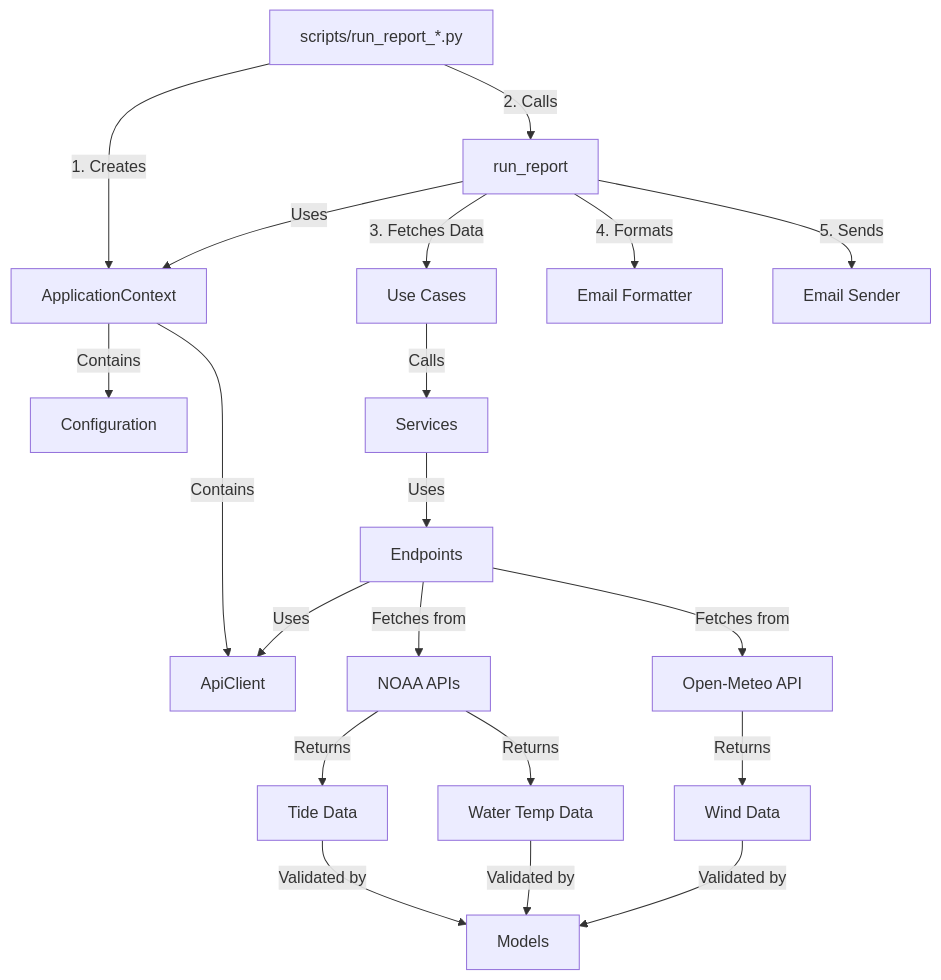
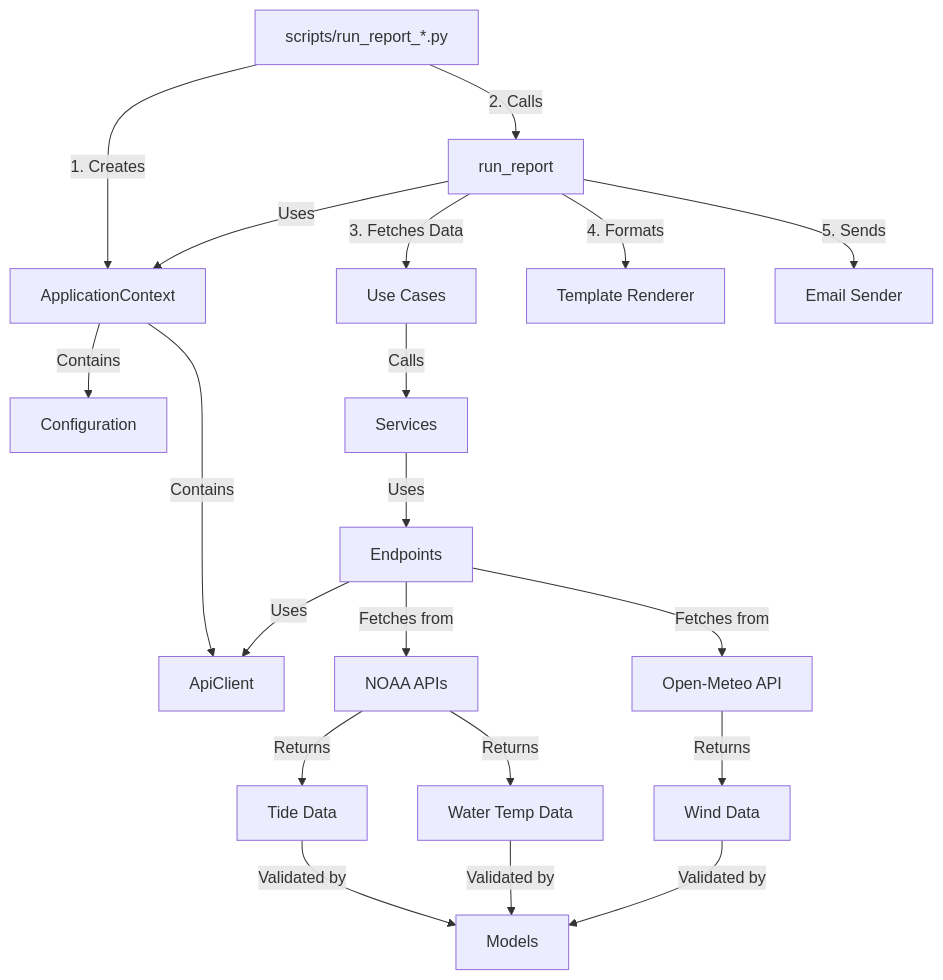
Before and after one commit to nick-benelli/Ocean-Report: the first of 3 diagrams in docs/architecture/README.md, drawn with Mermaid. The commit also changed other lines of this file and 17 other files, not shown here.

````diff
--- a/docs/architecture/README.md
+++ b/docs/architecture/README.md
@@ -105,28 +105,28 @@
 ```mermaid
 flowchart TD
     A[scripts/run_report_*.py] -->|1. Creates| B[ApplicationContext]
     B -->|Contains| C[Configuration]
     B -->|Contains| D[ApiClient]
     
     A -->|2. Calls| E[run_report]
     E -->|Uses| B
     
     E -->|3. Fetches Data| F[Use Cases]
     F -->|Calls| G[Services]
     G -->|Uses| H[Endpoints]
     H -->|Uses| D
     
     H -->|Fetches from| I[NOAA APIs]
     H -->|Fetches from| J[Open-Meteo API]
     
-    E -->|4. Formats| K[Email Formatter]
+    E -->|4. Formats| K[Template Renderer]
     E -->|5. Sends| L[Email Sender]
     
     I -->|Returns| M[Tide Data]
     I -->|Returns| N[Water Temp Data]
     J -->|Returns| O[Wind Data]
     
     M -->|Validated by| P[Models]
     N -->|Validated by| P
     O -->|Validated by| P
 ```
````
